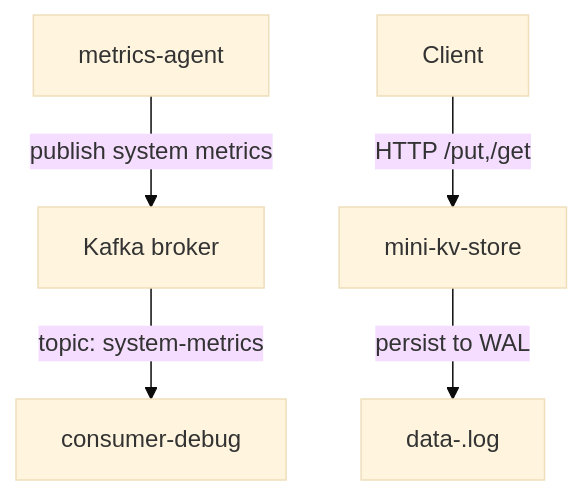
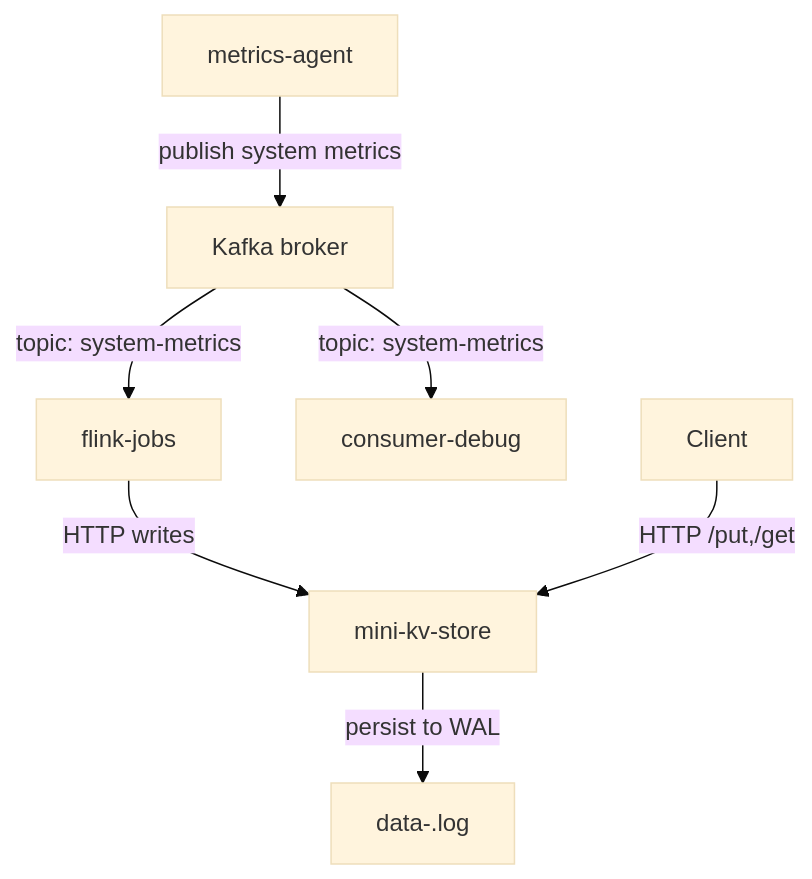
One commit to swati-manjunath/mini-distributed-data-platform changed the diagram in ARCHITECTURE.md. Above: the diagram before and after it, drawn with Mermaid (base theme). The commit also changed other lines of this file and 16 other files, not shown here.

````diff
--- a/ARCHITECTURE.md
+++ b/ARCHITECTURE.md
@@ -17,7 +18,9 @@
 ```mermaid
 graph TB
   MetricsAgent["metrics-agent"] -->|publish system metrics| Kafka["Kafka broker"]
+  Kafka -->|topic: system-metrics| Flink["flink-jobs"]
+  Flink -->|HTTP writes| KVStore["mini-kv-store"]
   Kafka -->|topic: system-metrics| Consumer["consumer-debug"]
   Client["Client"] -->|HTTP /put,/get| KVStore["mini-kv-store"]
   KVStore -->|persist to WAL| WAL["data-<node-id>.log"]
 ```
````
